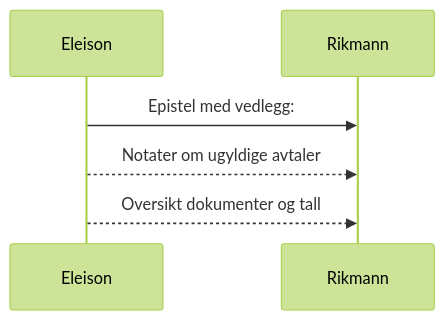
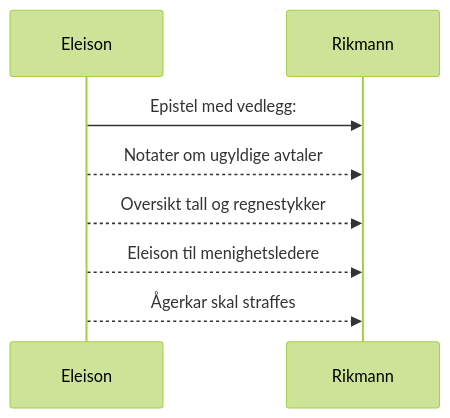
The diagram in content/1.article/1.griskhet/1.eleison-til-den-rike-mann.md (lovkyndig/eleison), drawn with Mermaid (forest theme) before and after one commit. The commit also changed other lines of this file and 22 other files, not shown here.

````diff
--- a/content/1.article/1.griskhet/1.eleison-til-den-rike-mann.md
+++ b/content/1.article/1.griskhet/1.eleison-til-den-rike-mann.md
@@ -65,8 +63,10 @@
 ```mermaid
 sequenceDiagram
     participant E as Eleison
     participant R as Rikmann
     E->>R: Epistel med vedlegg:
     E-->>R: Notater om ugyldige avtaler
-    E-->>R: Oversikt dokumenter og tall
+    E-->>R: Oversikt tall og regnestykker
+    E-->>R: Eleison til menighetsledere
+    E-->>R: Ågerkar skal straffes
 ```
````
